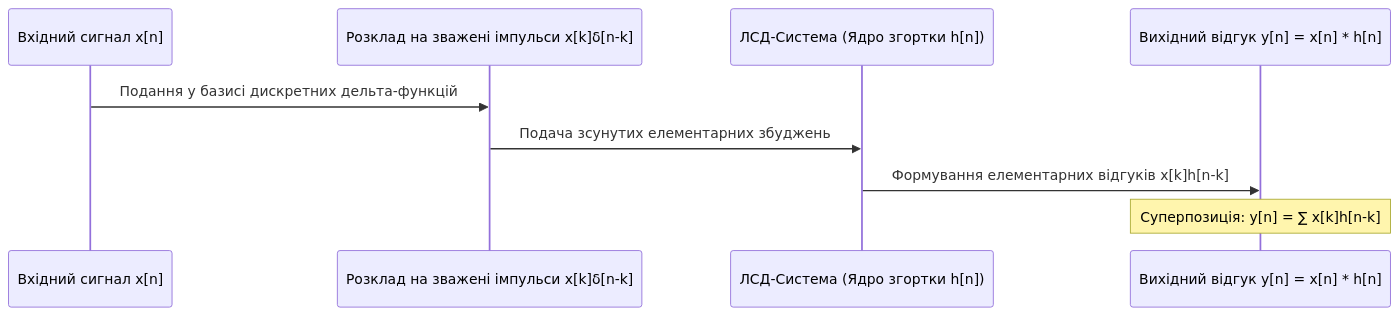
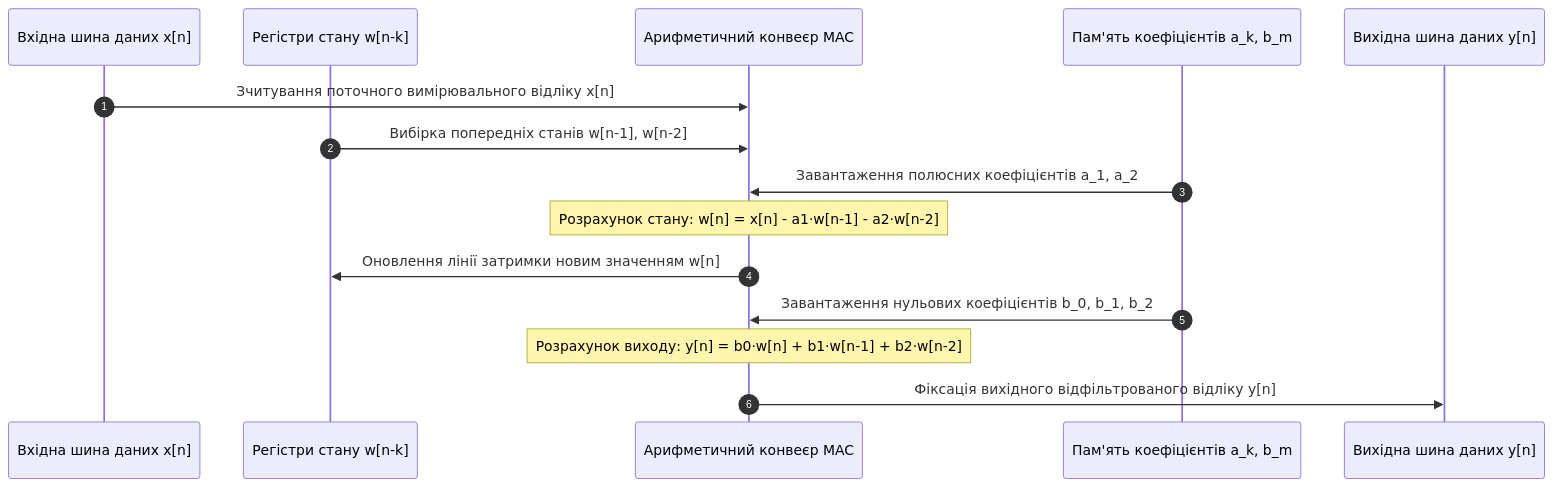
The third of 4 diagrams in docs/lk/lk2.md (KyryloVadurin/signal-image-processing), drawn with Mermaid before and after one commit. The commit also changed other lines of this file, not shown here.

````diff
--- a/docs/lk/lk2.md
+++ b/docs/lk/lk2.md
@@ -91,12 +408,18 @@
 ```mermaid
 sequenceDiagram
-    participant X as Вхідний сигнал x[n]
-    participant D as Розклад на зважені імпульси x[k]δ[n-k]
-    participant S as ЛСД-Система (Ядро згортки h[n])
-    participant Y as Вихідний відгук y[n] = x[n] * h[n]
-    
-    X->>D: Подання у базисі дискретних дельта-функцій
-    D->>S: Подача зсунутих елементарних збуджень
-    S->>Y: Формування елементарних відгуків x[k]h[n-k]
-    Note over Y: Суперпозиція: y[n] = ∑ x[k]h[n-k]
+    autonumber
+    participant BusIn as Вхідна шина даних x[n]
+    participant StateReg as Регістри стану w[n-k]
+    participant ALU as Арифметичний конвеєр MAC
+    participant CoeffROM as Пам'ять коефіцієнтів a_k, b_m
+    participant BusOut as Вихідна шина даних y[n]
+
+    BusIn->>ALU: Зчитування поточного вимірювального відліку x[n]
+    StateReg->>ALU: Вибірка попередніх станів w[n-1], w[n-2]
+    CoeffROM->>ALU: Завантаження полюсних коефіцієнтів a_1, a_2
+    Note over ALU: Розрахунок стану: w[n] = x[n] - a1·w[n-1] - a2·w[n-2]
+    ALU->>StateReg: Оновлення лінії затримки новим значенням w[n]
+    CoeffROM->>ALU: Завантаження нульових коефіцієнтів b_0, b_1, b_2
+    Note over ALU: Розрахунок виходу: y[n] = b0·w[n] + b1·w[n-1] + b2·w[n-2]
+    ALU->>BusOut: Фіксація вихідного відфільтрованого відліку y[n]
 ```
````
